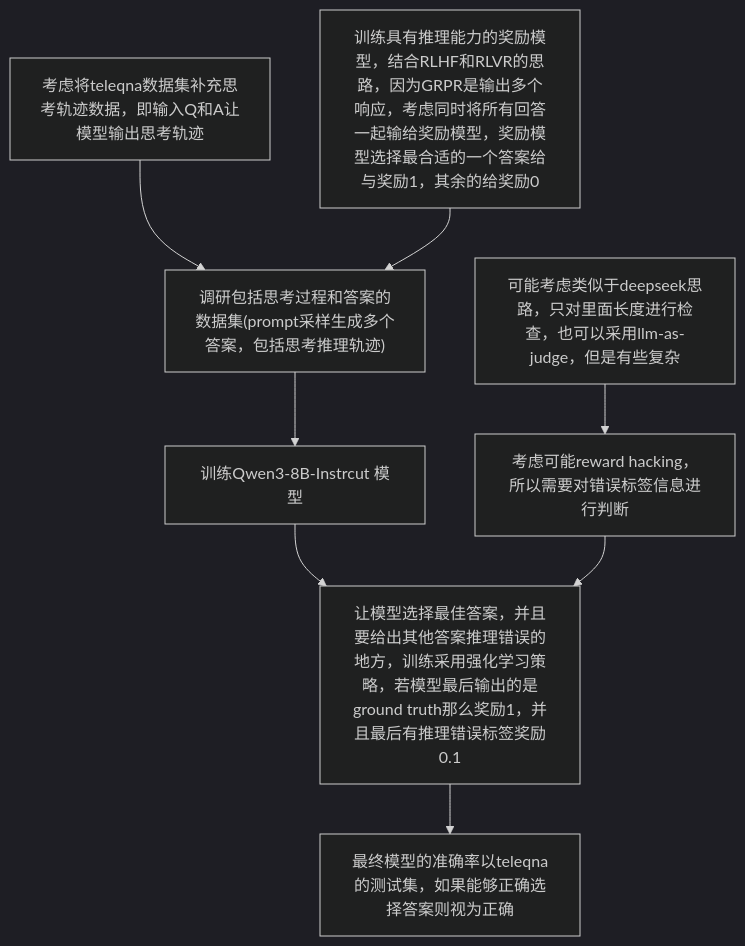
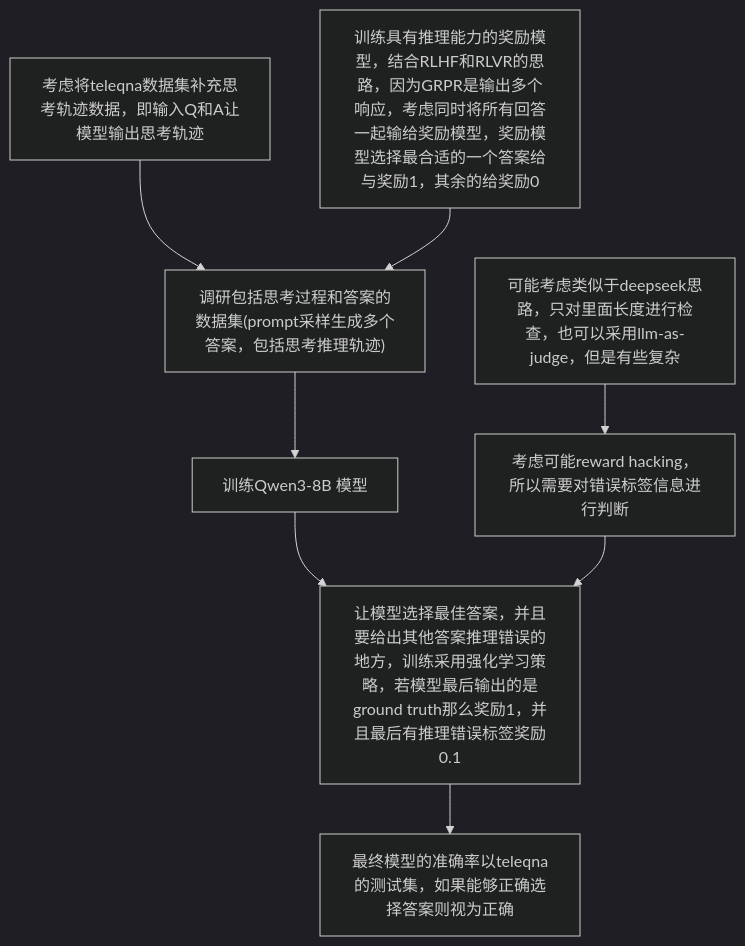
One commit to DreamDimo/personal-notes changed the diagram in 高质量奖励模型生成.md. Above: the diagram before and after it, drawn with Mermaid (dark theme). The commit also changed other lines of this file and 1 other file, not shown here.

````diff
--- a/高质量奖励模型生成.md
+++ b/高质量奖励模型生成.md
@@ -225,11 +225,11 @@
 ```mermaid
 graph TD
 	
-	A["调研包括思考过程和答案的数据集(prompt采样生成多个答案，包括思考推理轨迹)"] --> B["训练Qwen3-8B-Instrcut 模型"]
+	A["调研包括思考过程和答案的数据集(prompt采样生成多个答案，包括思考推理轨迹)"] --> B["训练Qwen3-8B 模型"]
 	C["考虑将teleqna数据集补充思考轨迹数据，即输入Q和A让模型输出思考轨迹"] --> A
 	S["训练具有推理能力的奖励模型，结合RLHF和RLVR的思路，因为GRPR是输出多个响应，考虑同时将所有回答一起输给奖励模型，奖励模型选择最合适的一个答案给与奖励1，其余的给奖励0"] --> A
 	B --> E["让模型选择最佳答案，并且要给出其他答案推理错误的地方，训练采用强化学习策略，若模型最后输出的是ground truth那么奖励1，并且最后有推理错误标签奖励0.1"]
 	F["考虑可能reward hacking，所以需要对错误标签信息进行判断"] --> E
 	G["可能考虑类似于deepseek思路，只对里面长度进行检查，也可以采用llm-as-judge，但是有些复杂"] --> F
 	E --> H["最终模型的准确率以teleqna的测试集，如果能够正确选择答案则视为正确"]
 ```
````
